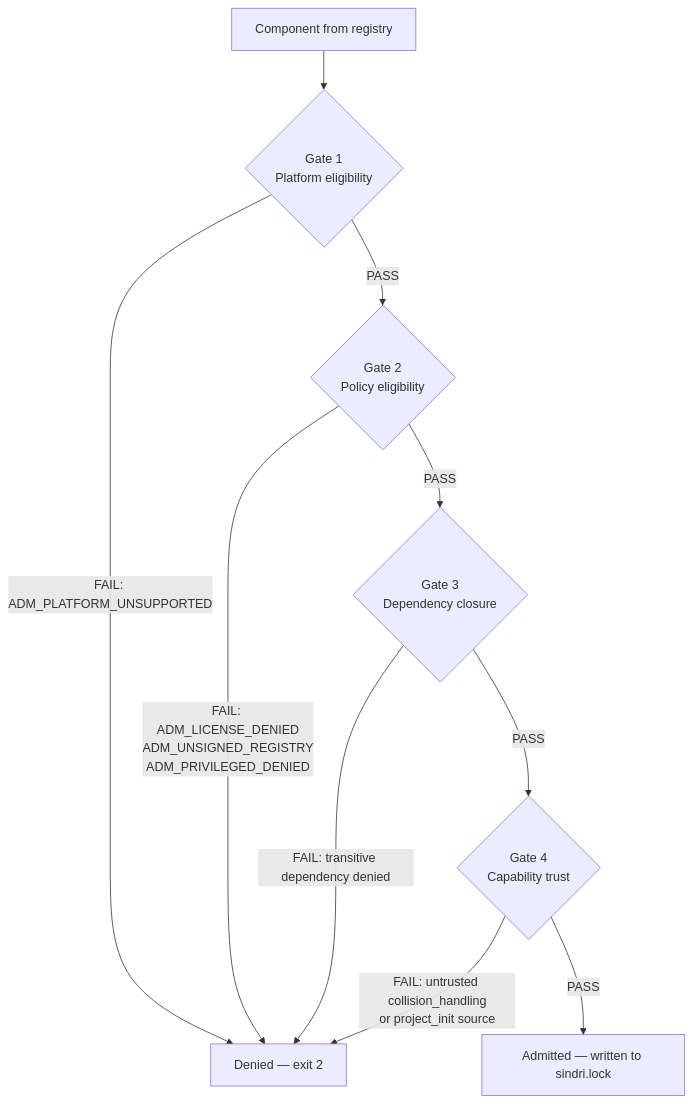
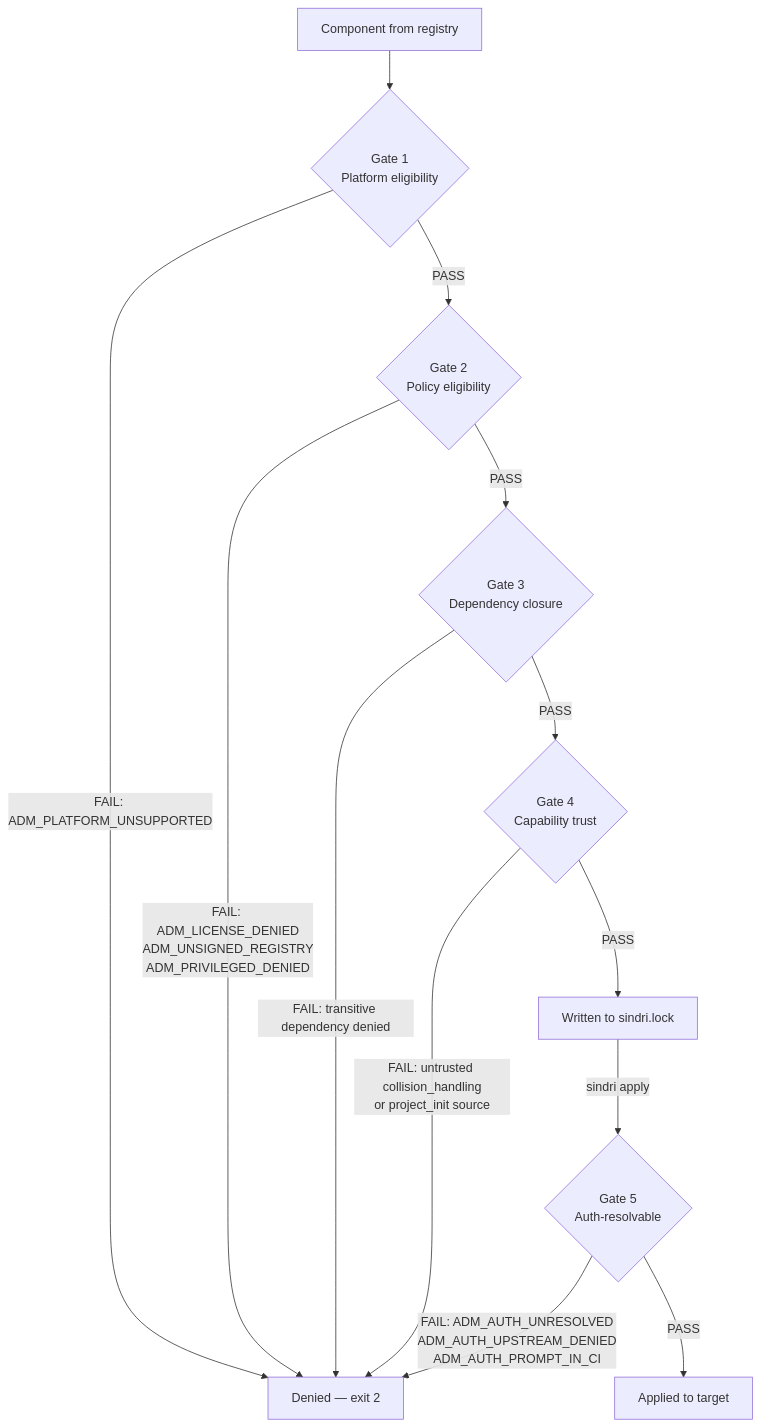
The diagram in v4/docs/POLICY.md (pacphi/sindri), drawn with Mermaid before and after one commit. The commit also changed other lines of this file and 1 other file, not shown here.

````diff
--- a/v4/docs/POLICY.md
+++ b/v4/docs/POLICY.md
@@ -89,12 +94,15 @@
 ```mermaid
 flowchart TD
     A[Component from registry] --> G1{Gate 1\nPlatform eligibility}
     G1 -->|FAIL: ADM_PLATFORM_UNSUPPORTED| DENY[Denied — exit 2]
     G1 -->|PASS| G2{Gate 2\nPolicy eligibility}
     G2 -->|FAIL: ADM_LICENSE_DENIED\nADM_UNSIGNED_REGISTRY\nADM_PRIVILEGED_DENIED| DENY
     G2 -->|PASS| G3{Gate 3\nDependency closure}
     G3 -->|FAIL: transitive dependency denied| DENY
     G3 -->|PASS| G4{Gate 4\nCapability trust}
     G4 -->|FAIL: untrusted collision_handling\nor project_init source| DENY
-    G4 -->|PASS| ADMIT[Admitted — written to sindri.lock]
+    G4 -->|PASS| LOCK[Written to sindri.lock]
+    LOCK -->|sindri apply| G5{Gate 5\nAuth-resolvable}
+    G5 -->|FAIL: ADM_AUTH_UNRESOLVED\nADM_AUTH_UPSTREAM_DENIED\nADM_AUTH_PROMPT_IN_CI| DENY
+    G5 -->|PASS| ADMIT[Applied to target]
 ```
````
